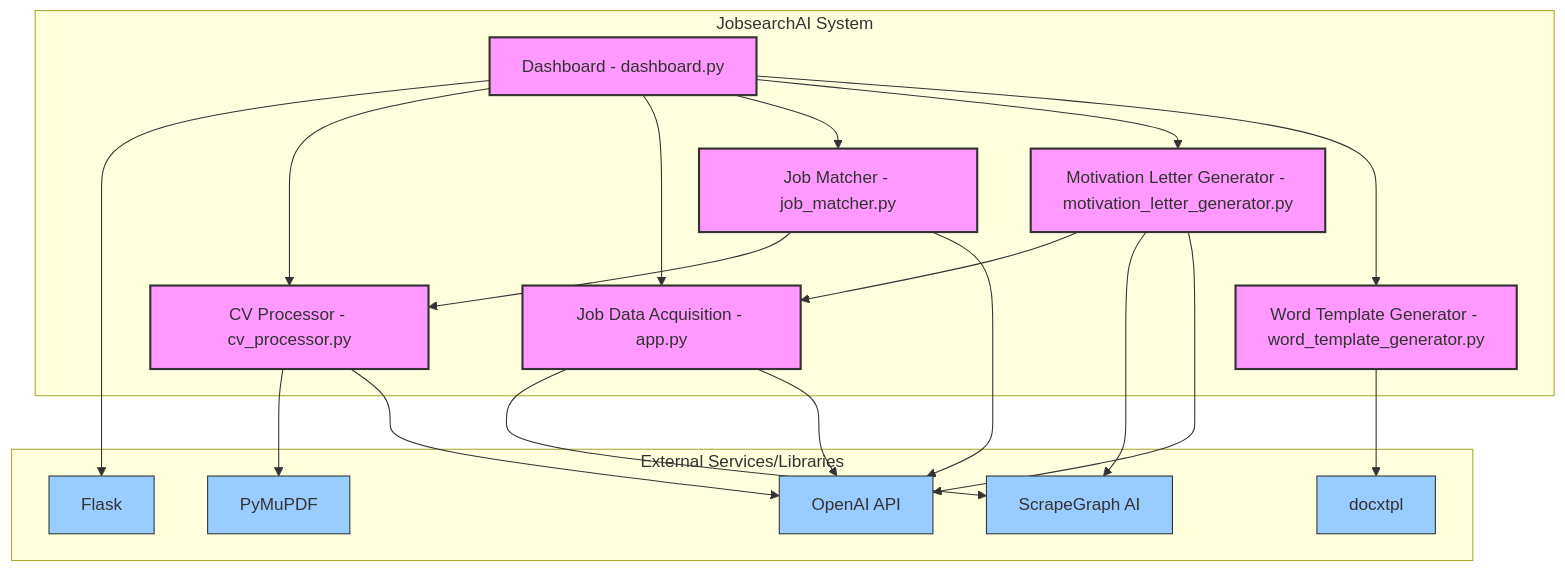
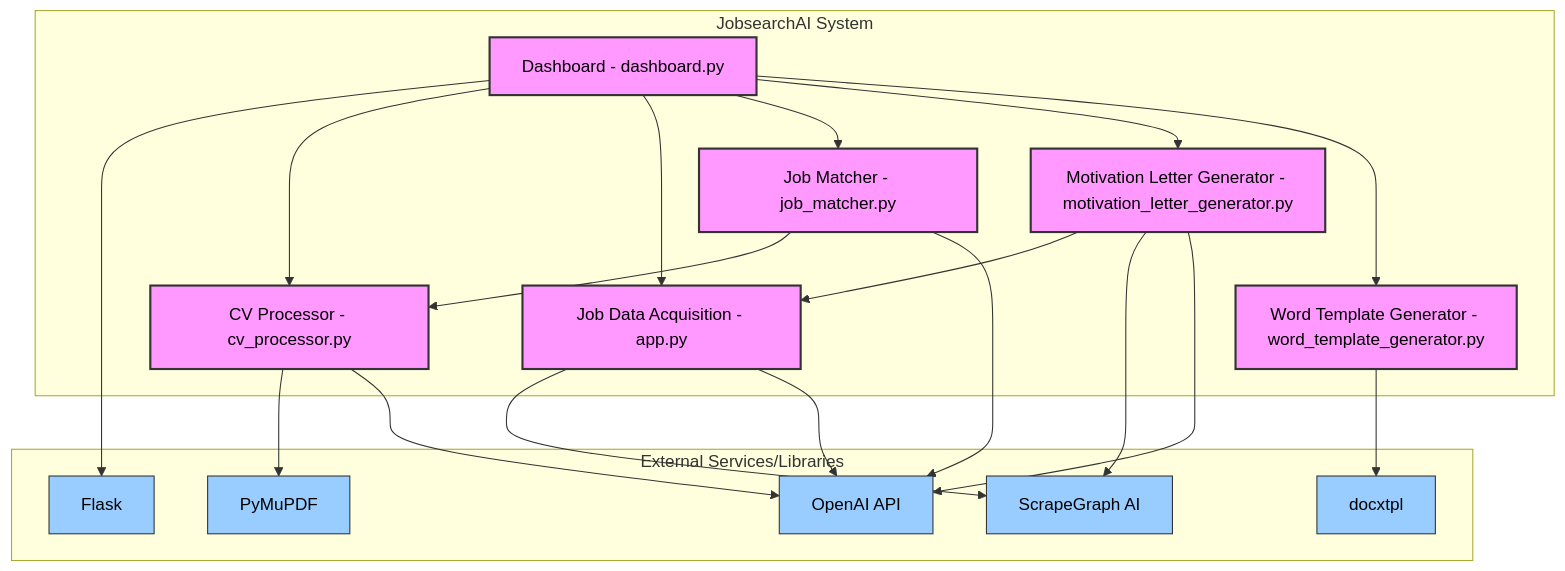
One commit to ClaudioLutz/JobSearchAI changed the diagram in Documentation/System.md. Above: the diagram before and after it, drawn with Mermaid.

Commit message:
fix(docs): Correct Mermaid syntax in System overview graph

````diff
--- a/Documentation/System.md
+++ b/Documentation/System.md
@@ -90,45 +90,45 @@
 ```mermaid
 graph TD
     subgraph JobsearchAI System
         DASH[Dashboard - dashboard.py]
         CVPROC[CV Processor - cv_processor.py]
         JDA[Job Data Acquisition - app.py]
         JM[Job Matcher - job_matcher.py]
         MLG[Motivation Letter Generator - motivation_letter_generator.py]
         WTG[Word Template Generator - word_template_generator.py]
     end
 
     subgraph External Services/Libraries
         OPENAI[OpenAI API]
         SCRAPEGRAPH[ScrapeGraph AI]
         DOCXTPL[docxtpl]
         PYMUPDF[PyMuPDF]
         FLASK[Flask]
     end
 
     DASH --> FLASK
     DASH --> CVPROC
     DASH --> JDA
     DASH --> JM
     DASH --> MLG
     DASH --> WTG
 
     JM --> CVPROC
 
     MLG --> JDA
 
     CVPROC --> PYMUPDF
     CVPROC --> OPENAI
     JDA --> SCRAPEGRAPH
     JDA --> OPENAI
     JM --> OPENAI
     MLG --> SCRAPEGRAPH
     MLG --> OPENAI
     WTG --> DOCXTPL
 
-    classDef component fill:#f9f,stroke:#333,stroke-width:2px;
-    classDef external fill:#9cf,stroke:#333,stroke-width:1px;
+    classDef component fill:#f9f,stroke:#333,stroke-width:2px,color:#000;
+    classDef external fill:#9cf,stroke:#333,stroke-width:1px,color:#000;
 
     class DASH,CVPROC,JDA,JM,MLG,WTG component;
     class OPENAI,SCRAPEGRAPH,DOCXTPL,PYMUPDF,FLASK external;
 ```
````
